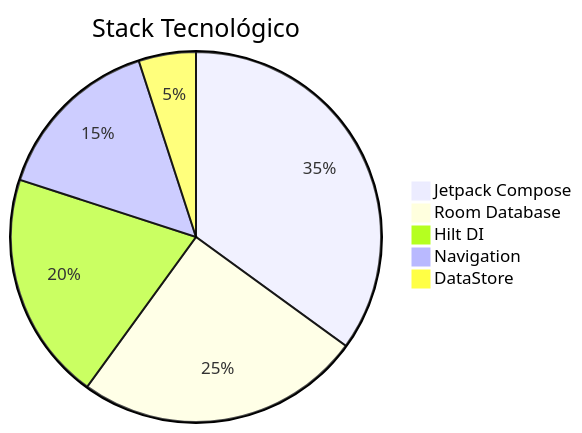
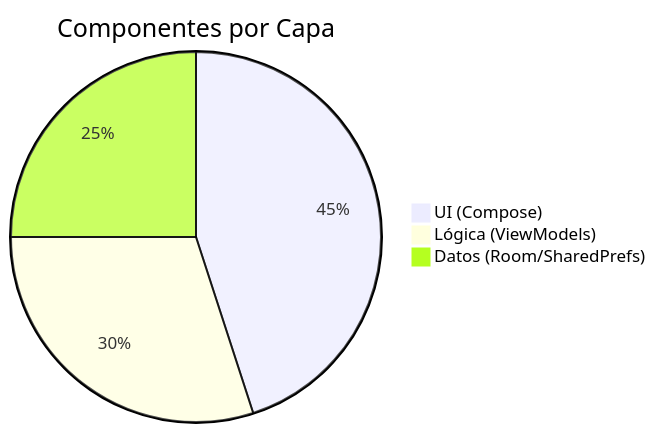
One commit to GEI3-Udl-2025/Travel_World changed the sixth of 7 diagrams in documentation/design.md. Above: the diagram before and after it, drawn with Mermaid. The commit also changed other lines of this file, not shown here.

````diff
--- a/documentation/design.md
+++ b/documentation/design.md
@@ -173,9 +135,7 @@
 ```mermaid
 pie
-    title Stack Tecnológico
-    "Jetpack Compose" : 35
-    "Room Database" : 25
-    "Hilt DI" : 20
-    "Navigation" : 15
-    "DataStore" : 5
+    title Componentes por Capa
+    "UI (Compose)" : 45
+    "Lógica (ViewModels)" : 30
+    "Datos (Room/SharedPrefs)" : 25
 ```
````
